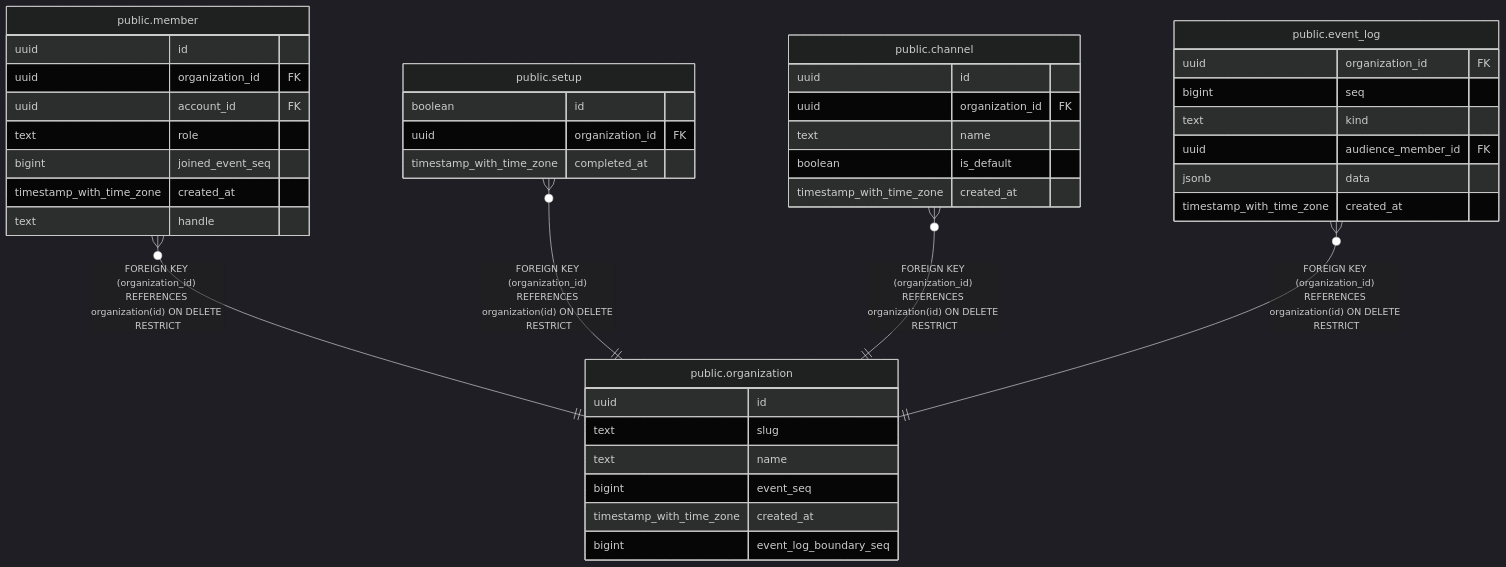
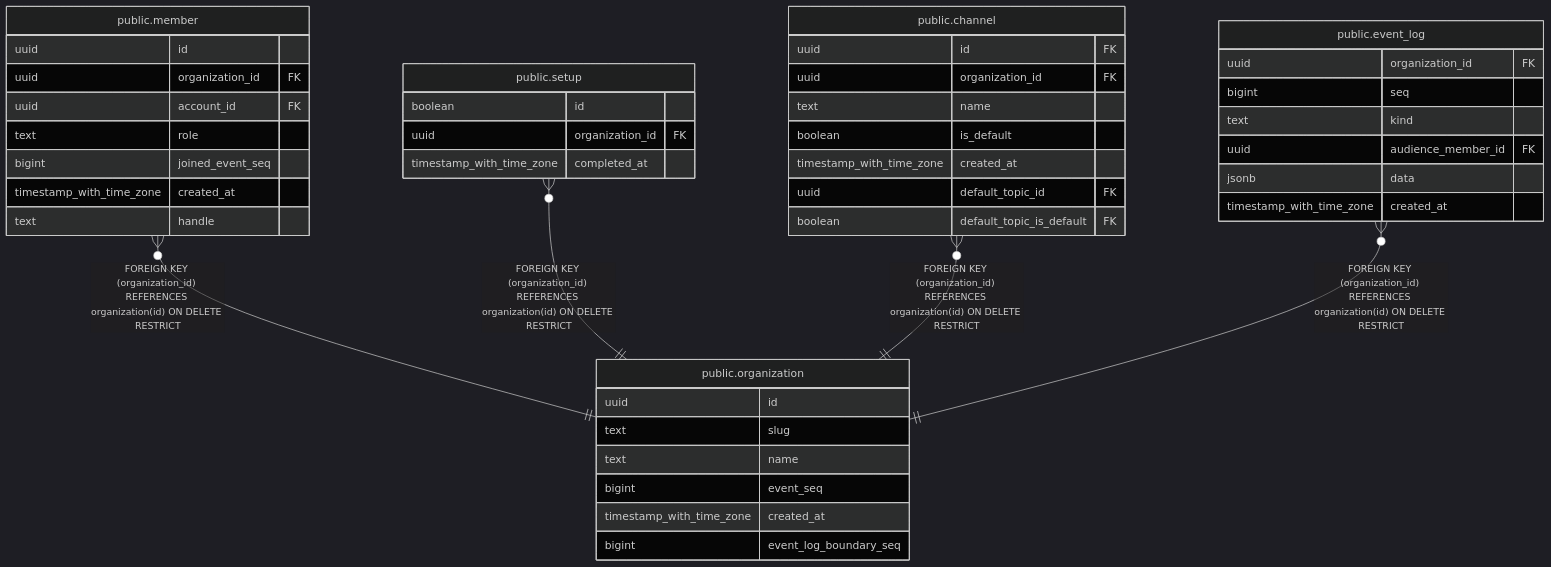
Before and after one commit to tkakkie/ribbitto: the diagram in docs/schema/public.organization.md, drawn with Mermaid (dark theme). The commit also changed 30 other files, not shown here.

````diff
--- a/docs/schema/public.organization.md
+++ b/docs/schema/public.organization.md
@@ -46,46 +46,48 @@
 ```mermaid
 erDiagram
 
 "public.member" }o--|| "public.organization" : "FOREIGN KEY (organization_id) REFERENCES organization(id) ON DELETE RESTRICT"
 "public.setup" }o--|| "public.organization" : "FOREIGN KEY (organization_id) REFERENCES organization(id) ON DELETE RESTRICT"
 "public.channel" }o--|| "public.organization" : "FOREIGN KEY (organization_id) REFERENCES organization(id) ON DELETE RESTRICT"
 "public.event_log" }o--|| "public.organization" : "FOREIGN KEY (organization_id) REFERENCES organization(id) ON DELETE RESTRICT"
 
 "public.organization" {
   uuid id
   text slug
   text name
   bigint event_seq
   timestamp_with_time_zone created_at
   bigint event_log_boundary_seq
 }
 "public.member" {
   uuid id
   uuid organization_id FK
   uuid account_id FK
   text role
   bigint joined_event_seq
   timestamp_with_time_zone created_at
   text handle
 }
 "public.setup" {
   boolean id
   uuid organization_id FK
   timestamp_with_time_zone completed_at
 }
 "public.channel" {
-  uuid id
+  uuid id FK
   uuid organization_id FK
   text name
   boolean is_default
   timestamp_with_time_zone created_at
+  uuid default_topic_id FK
+  boolean default_topic_is_default FK
 }
 "public.event_log" {
   uuid organization_id FK
   bigint seq
   text kind
   uuid audience_member_id FK
   jsonb data
   timestamp_with_time_zone created_at
 }
 ```
````
